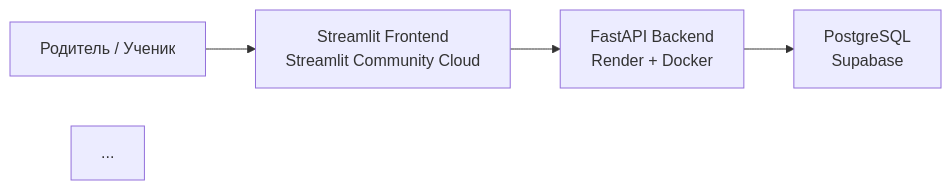
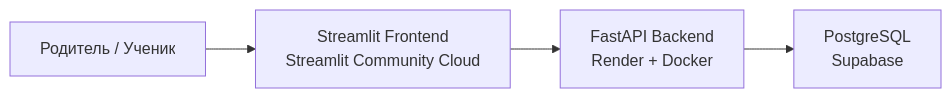
The diagram in README.md (amuzarau/spine-deviation-check-app), drawn with Mermaid before and after one commit.

Commit message:
Fix formatting issues in README.md

````diff
--- a/README.md
+++ b/README.md
@@ -46,12 +46,12 @@
 ```mermaid
 flowchart LR
     User["Родитель / Ученик"]
     Frontend["Streamlit Frontend<br/>Streamlit Community Cloud"]
     Backend["FastAPI Backend<br/>Render + Docker"]
     DB["PostgreSQL<br/>Supabase"]
 
     User --> Frontend
     Frontend --> Backend
     Backend --> DB
-...
+
 ```
````
